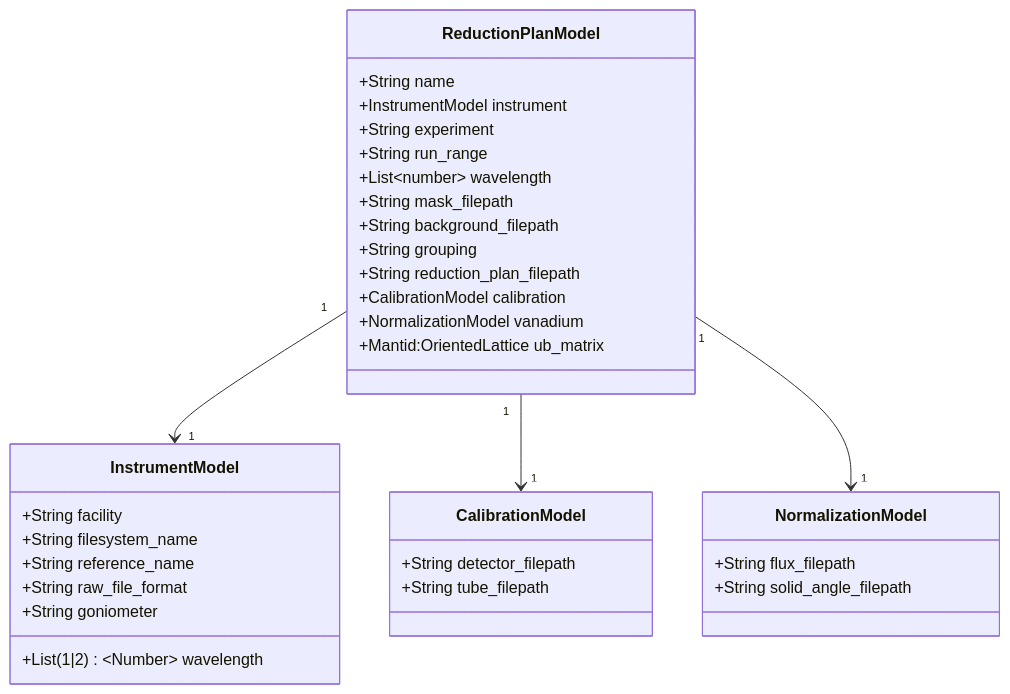
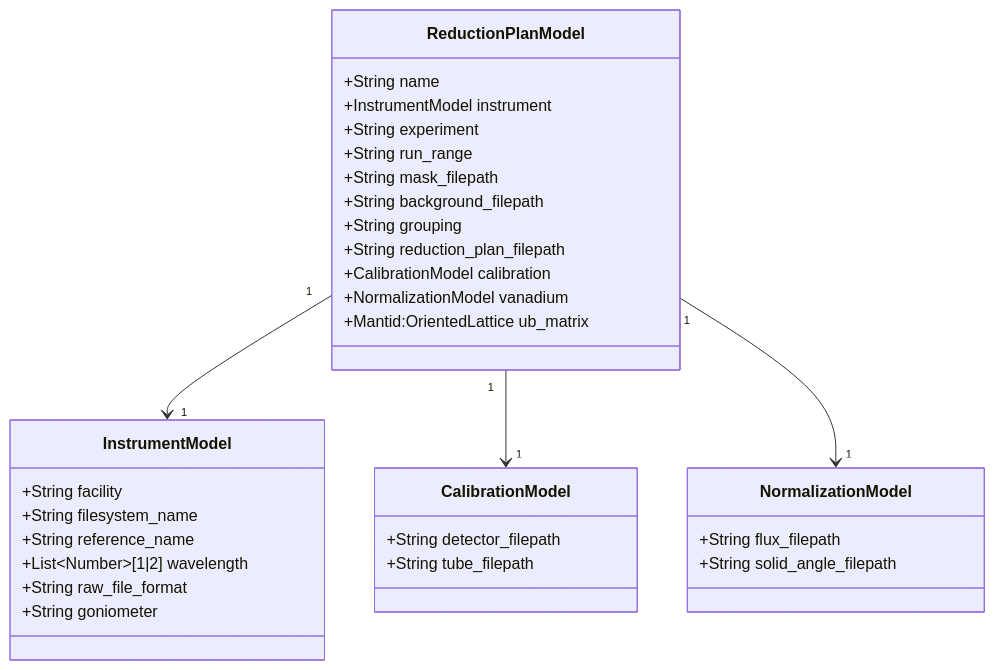
The diagram in docs/source/design/reduction_plan.rst (neutrons/garnet), drawn with Mermaid before and after one commit. The commit also changed 1 other file, not shown here.

Commit message:
schemas updated

```diff
--- a/docs/source/design/reduction_plan.rst
+++ b/docs/source/design/reduction_plan.rst
@@ -7,37 +7,39 @@
 .. mermaid::
 
  classDiagram
     ReductionPlanModel "1" --> "1" InstrumentModel
     ReductionPlanModel "1" --> "1" CalibrationModel
     ReductionPlanModel "1" -->"1" NormalizationModel
 
     class ReductionPlanModel{
         +String name
         +InstrumentModel instrument
         +String experiment
         +String run_range
-        +List~number~ wavelength
         +String mask_filepath
         +String background_filepath
         +String grouping
         +String reduction_plan_filepath
         +CalibrationModel calibration
         +NormalizationModel vanadium
         +Mantid:OrientedLattice ub_matrix
     }
+
     class InstrumentModel{
         +String facility
         +String filesystem_name
         +String reference_name
-        +List(1|2)~Number~ wavelength
+        +List~Number~[1|2] wavelength
         +String raw_file_format
         +String goniometer
     }
+
     class CalibrationModel{
         +String detector_filepath
         +String tube_filepath
     }
+
     class NormalizationModel{
         +String flux_filepath
         +String solid_angle_filepath
     }
```
